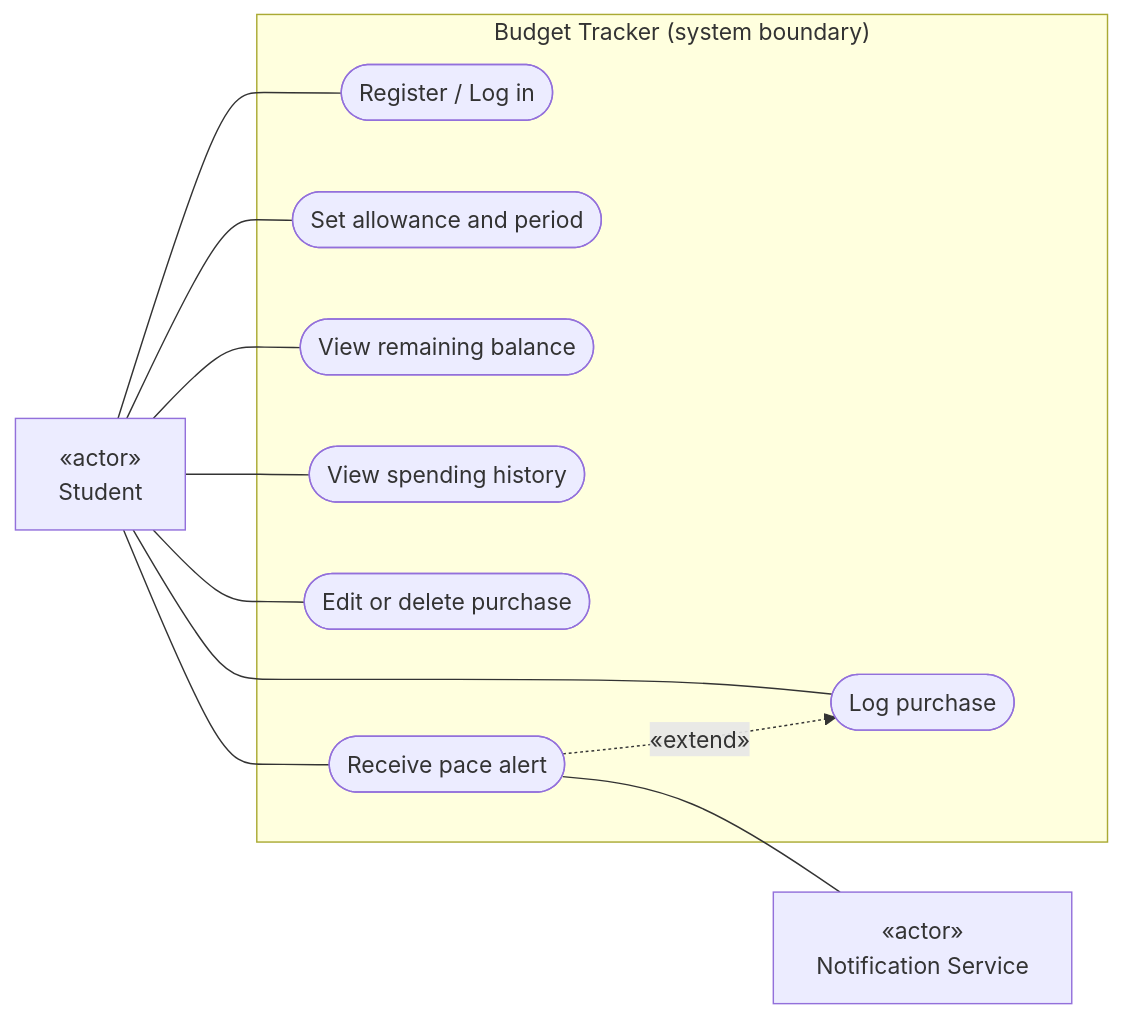
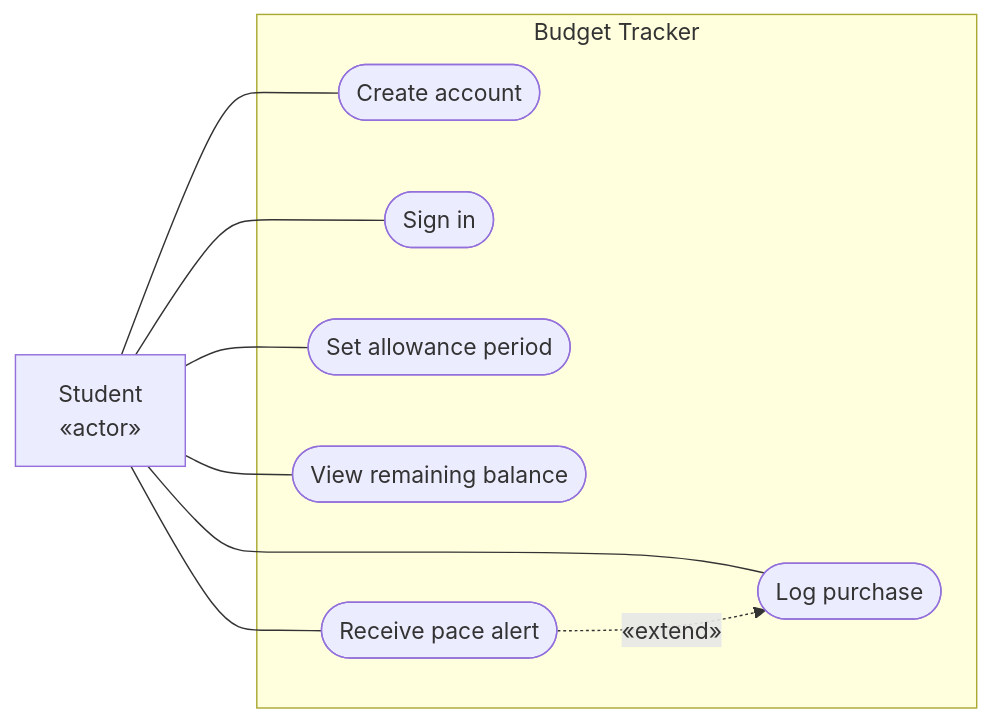
One commit to angelalegria626-maker/budget-tracker-ryzza changed the diagram in docs/architecture/use-cases.md. Above: the diagram before and after it, drawn with Mermaid. The commit also changed other lines of this file, not shown here.

````diff
--- a/docs/architecture/use-cases.md
+++ b/docs/architecture/use-cases.md
@@ -3,23 +3,19 @@
 ```mermaid
 flowchart LR
-  S["«actor»<br/>Student"]
-  subgraph SYS["Budget Tracker (system boundary)"]
-    UC1([Register / Log in])
-    UC2([Set allowance and period])
-    UC3([Log purchase])
-    UC4([View remaining balance])
-    UC5([View spending history])
-    UC6([Edit or delete purchase])
-    UC7([Receive pace alert])
+  S["Student<br/>«actor»"]
+  subgraph SYS["Budget Tracker"]
+    UC1(["Create account"])
+    UC2(["Sign in"])
+    UC3(["Set allowance period"])
+    UC4(["Log purchase"])
+    UC5(["View remaining balance"])
+    UC6(["Receive pace alert"])
   end
-  N["«actor»<br/>Notification Service"]
   S --- UC1
   S --- UC2
   S --- UC3
   S --- UC4
   S --- UC5
   S --- UC6
-  S --- UC7
-  UC7 -. "«extend»" .-> UC3
-  UC7 --- N
+  UC6 -. "«extend»" .-> UC4
 ```
````
